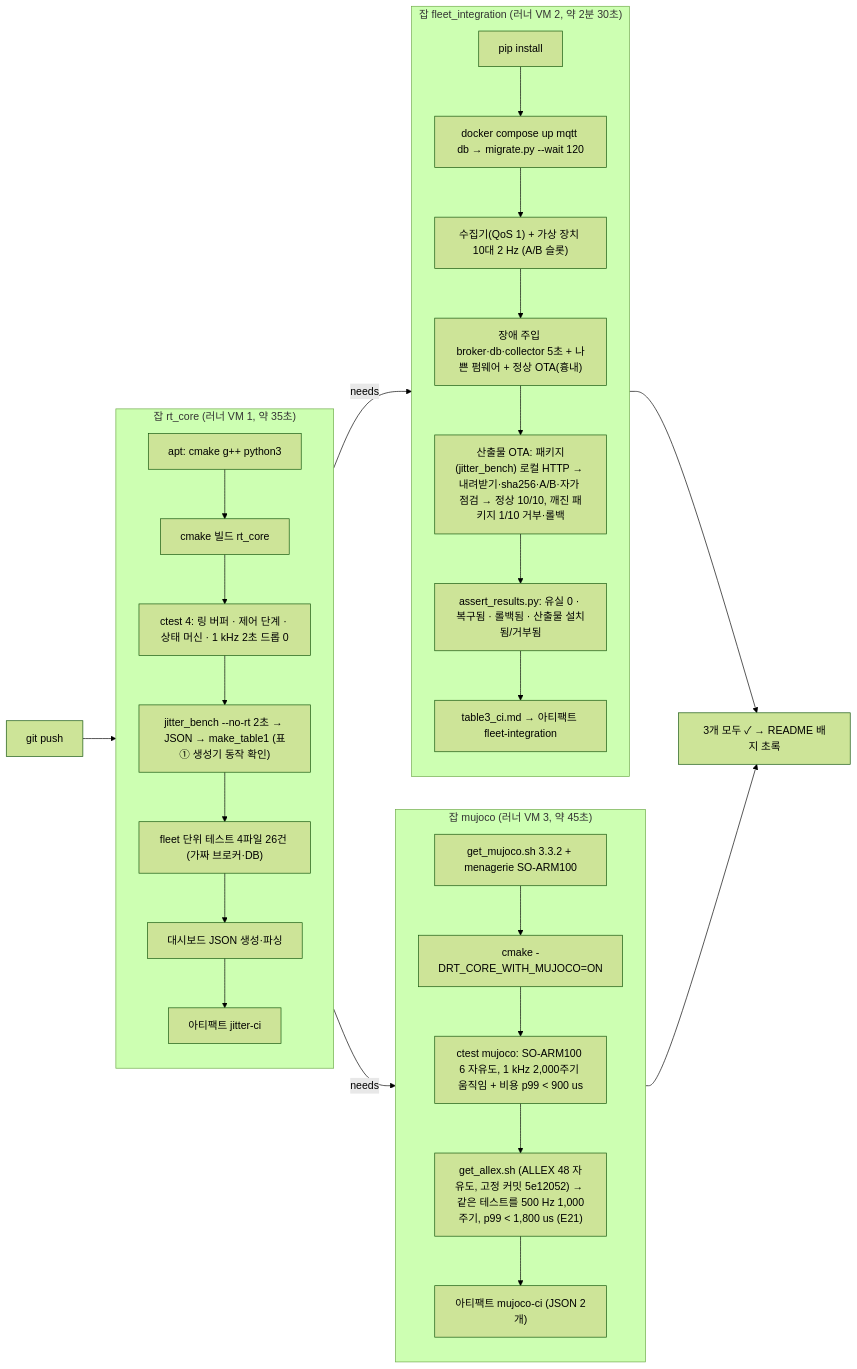
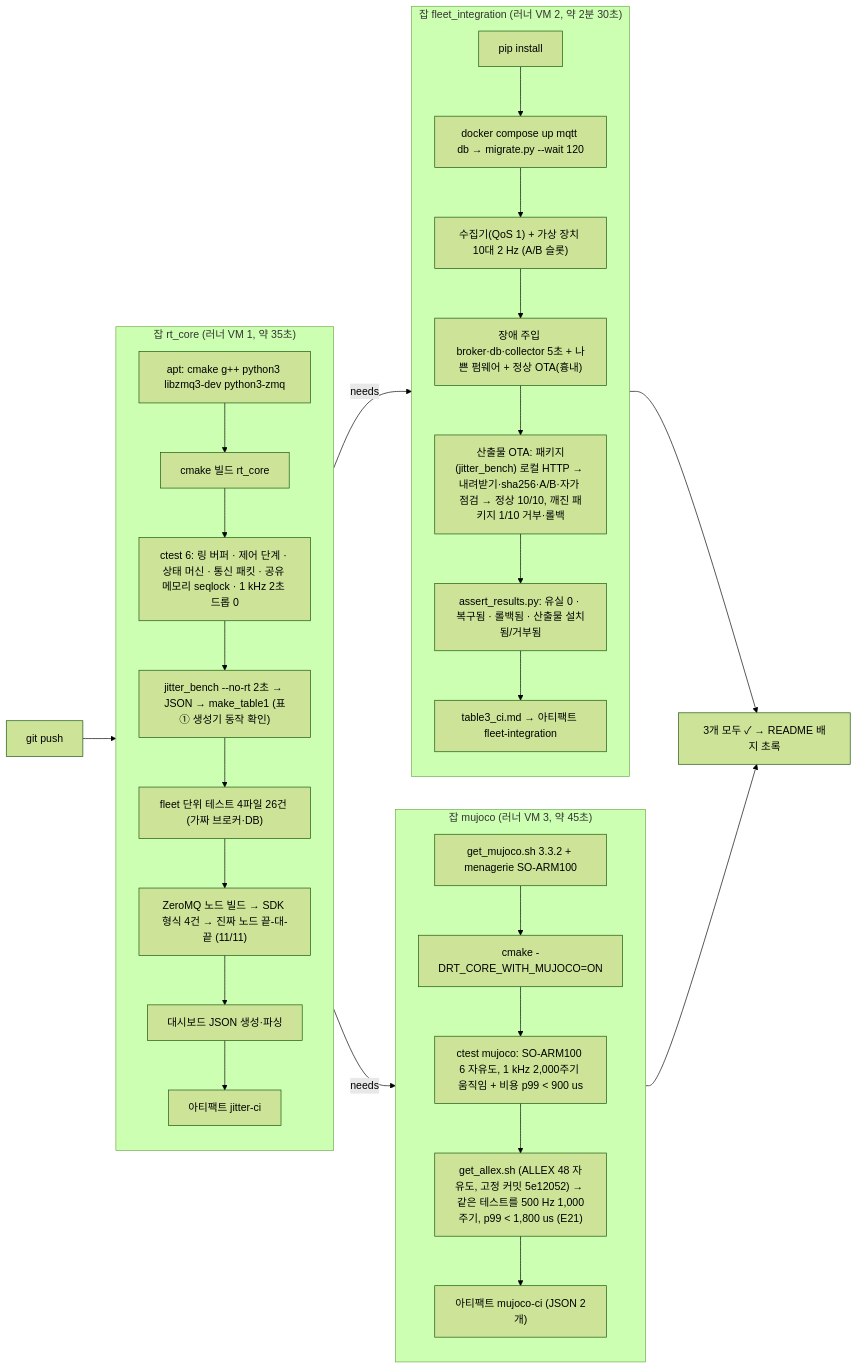
Before and after one commit to ohevance/rt-robot-data-infra: the second of 3 diagrams in docs/ENVIRONMENT.md, drawn with Mermaid (forest theme). The commit also changed other lines of this file and 52 other files, not shown here.

First line of the commit message:
feat(zmq): 실시간 루프를 ZeroMQ 로 감싼 노드 + 공유 메모리 seqlock + Python SDK (E24), 지원 기준을 Framework S/W 엔지니어로

````diff
--- a/docs/ENVIRONMENT.md
+++ b/docs/ENVIRONMENT.md
@@ -139,26 +139,26 @@
 ```mermaid
 flowchart LR
   P["git push"] --> R1
   subgraph R1["잡 rt_core (러너 VM 1, 약 35초)"]
     direction TB
-    a1["apt: cmake g++ python3"] --> a2["cmake 빌드 rt_core"] --> a3["ctest 4: 링 버퍼 · 제어 단계 · 상태 머신 · 1 kHz 2초 드롭 0"]
+    a1["apt: cmake g++ python3 libzmq3-dev python3-zmq"] --> a2["cmake 빌드 rt_core"] --> a3["ctest 6: 링 버퍼 · 제어 단계 · 상태 머신 · 통신 패킷 · 공유 메모리 seqlock · 1 kHz 2초 드롭 0"]
     a3 --> a4["jitter_bench --no-rt 2초 → JSON → make_table1 (표① 생성기 동작 확인)"]
-    a4 --> a5["fleet 단위 테스트 4파일 26건 (가짜 브로커·DB)"] --> a6["대시보드 JSON 생성·파싱"] --> a7["아티팩트 jitter-ci"]
+    a4 --> a5["fleet 단위 테스트 4파일 26건 (가짜 브로커·DB)"] --> a5b["ZeroMQ 노드 빌드 → SDK 형식 4건 → 진짜 노드 끝-대-끝 (11/11)"] --> a6["대시보드 JSON 생성·파싱"] --> a7["아티팩트 jitter-ci"]
   end
   R1 -- needs --> R2
   R1 -- needs --> R3
   subgraph R2["잡 fleet_integration (러너 VM 2, 약 2분 30초)"]
     direction TB
     b1["pip install"] --> b2["docker compose up mqtt db → migrate.py --wait 120"]
     b2 --> b3["수집기(QoS 1) + 가상 장치 10대 2 Hz (A/B 슬롯)"] --> b4["장애 주입 broker·db·collector 5초 + 나쁜 펌웨어 + 정상 OTA(흉내)"]
     b4 --> b4b["산출물 OTA: 패키지(jitter_bench) 로컬 HTTP → 내려받기·sha256·A/B·자가 점검 → 정상 10/10, 깨진 패키지 1/10 거부·롤백"]
     b4b --> b5["assert_results.py: 유실 0 · 복구됨 · 롤백됨 · 산출물 설치됨/거부됨"] --> b6["table3_ci.md → 아티팩트 fleet-integration"]
   end
   subgraph R3["잡 mujoco (러너 VM 3, 약 45초)"]
     direction TB
     c1["get_mujoco.sh 3.3.2 + menagerie SO-ARM100"] --> c2["cmake -DRT_CORE_WITH_MUJOCO=ON"] --> c3["ctest mujoco: SO-ARM100 6 자유도, 1 kHz 2,000주기 움직임 + 비용 p99 < 900 us"]
     c3 --> c3b["get_allex.sh (ALLEX 48 자유도, 고정 커밋 5e12052) → 같은 테스트를 500 Hz 1,000주기, p99 < 1,800 us (E21)"] --> c4["아티팩트 mujoco-ci (JSON 2개)"]
   end
   R2 --> OK["3개 모두 ✓ → README 배지 초록"]
   R3 --> OK
 ```
````
